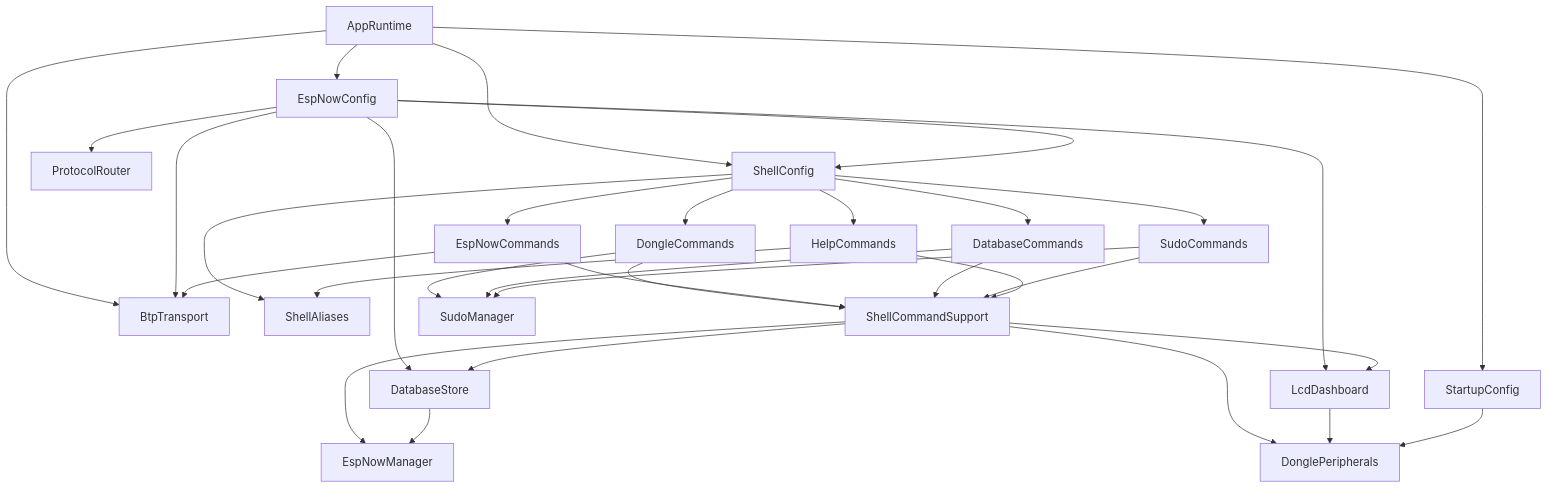
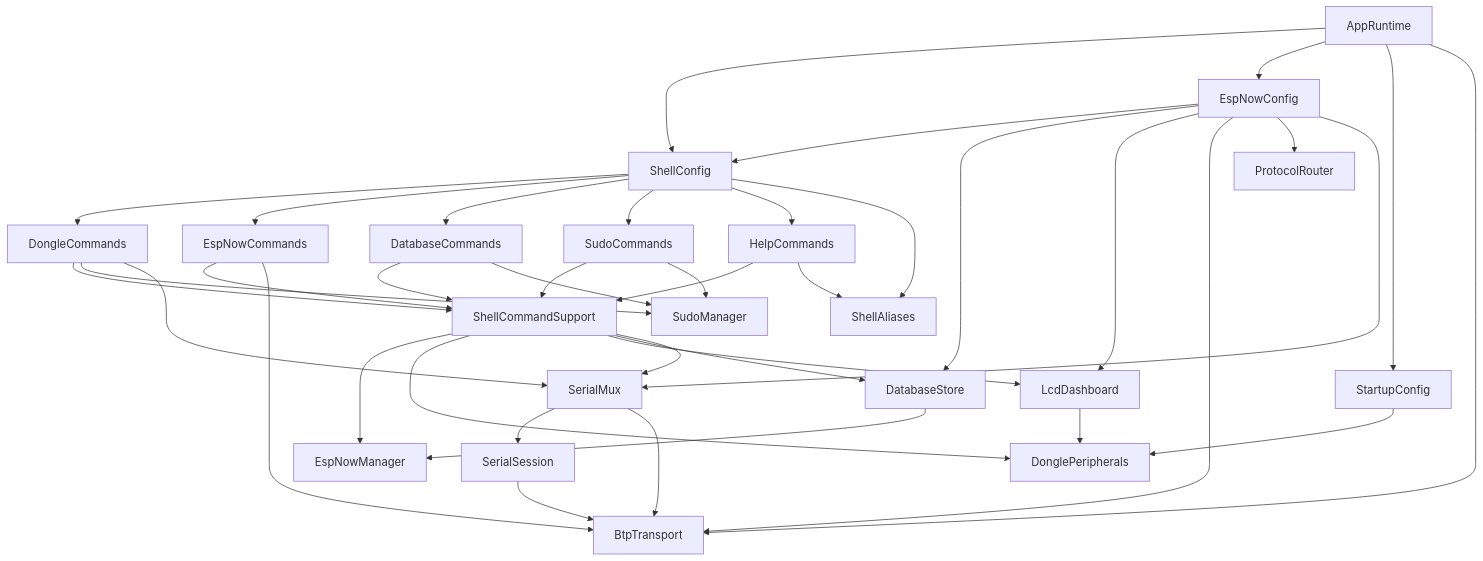
One commit to AlisonTristao/t_dongle_develop changed the diagram in README.md. Above: the diagram before and after it, drawn with Mermaid. The commit also changed other lines of this file and 14 other files, not shown here.

Commit message:
Add BTP v1 serial mux, COBS session and terminal isolation (topico 13)

````diff
--- a/README.md
+++ b/README.md
@@ -89,35 +94,41 @@
 ```mermaid
 graph TD
     AppRuntime --> ShellConfig
     AppRuntime --> EspNowConfig
     AppRuntime --> StartupConfig
     AppRuntime --> BtpTransport
     EspNowConfig --> ShellConfig
     EspNowConfig --> DatabaseStore
     EspNowConfig --> LcdDashboard
     EspNowConfig --> BtpTransport
     EspNowConfig --> ProtocolRouter
     ShellConfig --> DongleCommands
     ShellConfig --> EspNowCommands
     ShellConfig --> DatabaseCommands
     ShellConfig --> SudoCommands
     ShellConfig --> HelpCommands
     ShellConfig --> ShellAliases
     DongleCommands --> ShellCommandSupport
     EspNowCommands --> ShellCommandSupport
     EspNowCommands --> BtpTransport
     DatabaseCommands --> ShellCommandSupport
     SudoCommands --> ShellCommandSupport
     HelpCommands --> ShellCommandSupport
     DongleCommands --> SudoManager
     DatabaseCommands --> SudoManager
     SudoCommands --> SudoManager
     HelpCommands --> ShellAliases
     ShellCommandSupport --> EspNowManager
     ShellCommandSupport --> DonglePeripherals
     ShellCommandSupport --> LcdDashboard
     ShellCommandSupport --> DatabaseStore
+    ShellCommandSupport --> SerialMux
     DatabaseStore --> EspNowManager
     LcdDashboard --> DonglePeripherals
     StartupConfig --> DonglePeripherals
+    DongleCommands --> SerialMux
+    EspNowConfig --> SerialMux
+    SerialMux --> SerialSession
+    SerialMux --> BtpTransport
+    SerialSession --> BtpTransport
 ```
````
